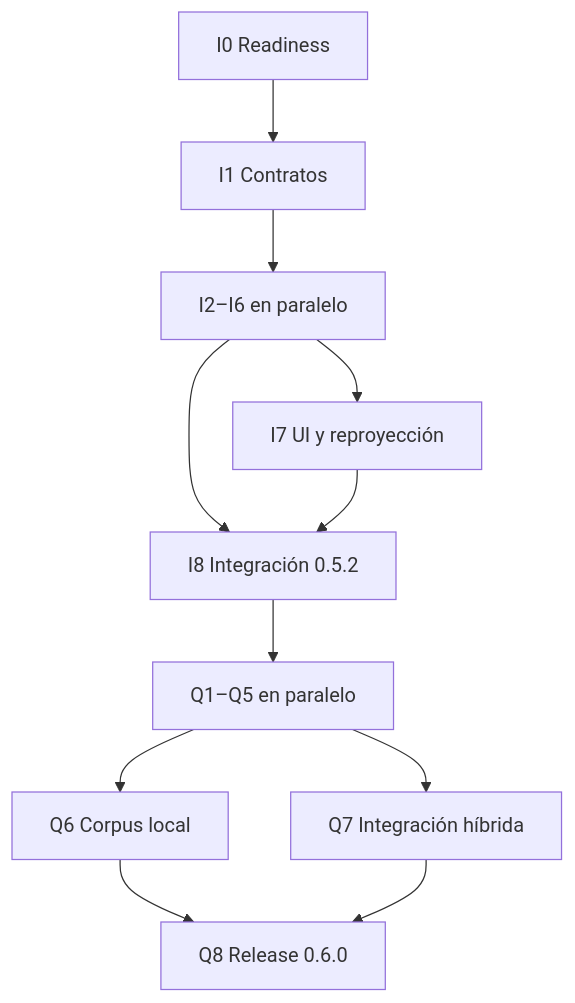
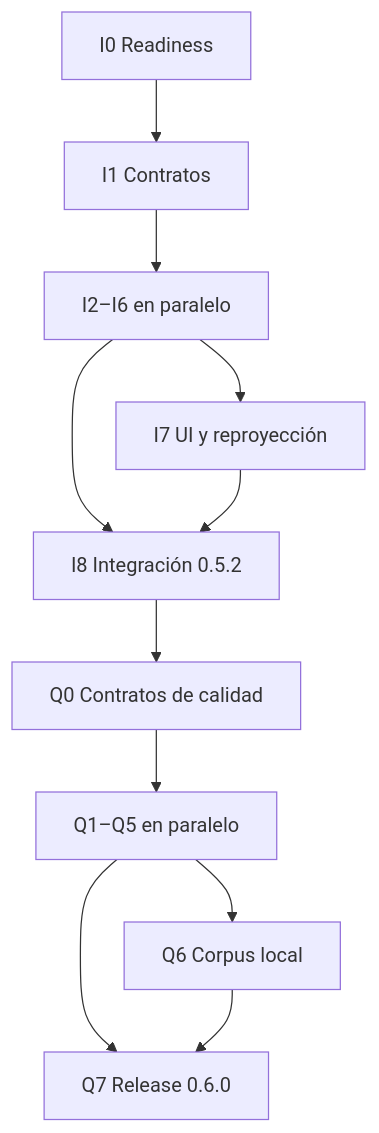
One commit to ravacholin/Diarioele changed the diagram in PHASE5_2_AGENT_COLLABORATION.md. Above: the diagram before and after it, drawn with Mermaid. The commit also changed other lines of this file, not shown here.

Commit message:
docs: align multi-agent roadmap with executable plans

````diff
--- a/PHASE5_2_AGENT_COLLABORATION.md
+++ b/PHASE5_2_AGENT_COLLABORATION.md
@@ -82,13 +89,13 @@
 ```mermaid
 flowchart TD
     I0["I0 Readiness"] --> I1["I1 Contratos"]
     I1 --> W1["I2–I6 en paralelo"]
     W1 --> I7["I7 UI y reproyección"]
     W1 --> I8["I8 Integración 0.5.2"]
     I7 --> I8
-    I8 --> Q0["Q1–Q5 en paralelo"]
-    Q0 --> Q6["Q6 Corpus local"]
-    Q0 --> Q7["Q7 Integración híbrida"]
-    Q6 --> Q8["Q8 Release 0.6.0"]
-    Q7 --> Q8
+    I8 --> Q0["Q0 Contratos de calidad"]
+    Q0 --> Q1["Q1–Q5 en paralelo"]
+    Q1 --> Q6["Q6 Corpus local"]
+    Q1 --> Q7["Q7 Release 0.6.0"]
+    Q6 --> Q7
 ```
````
